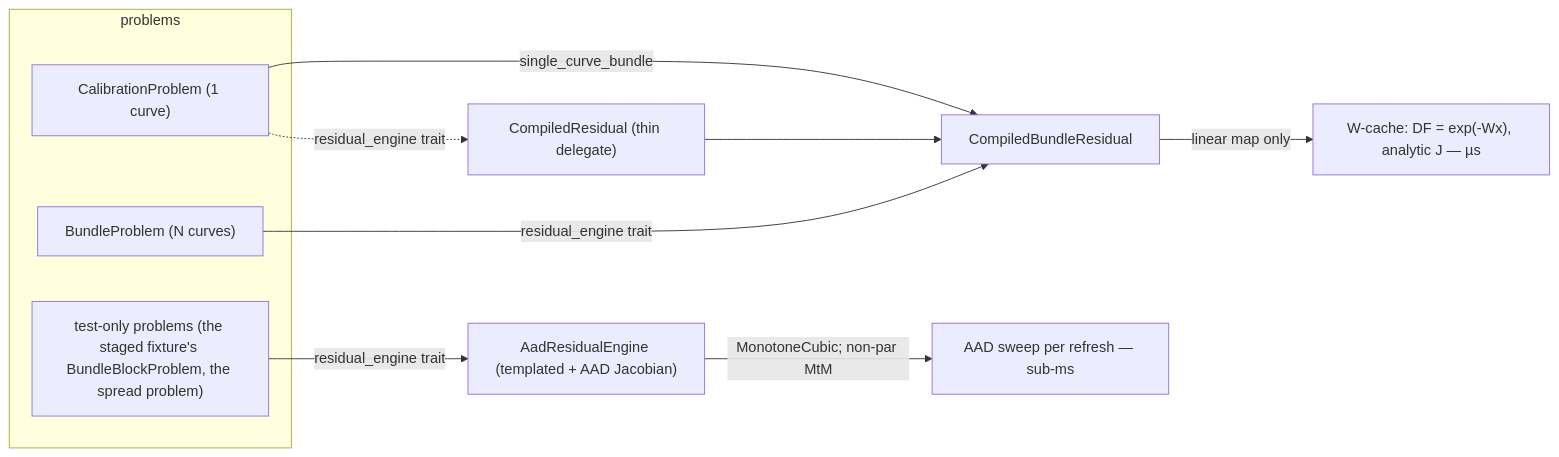
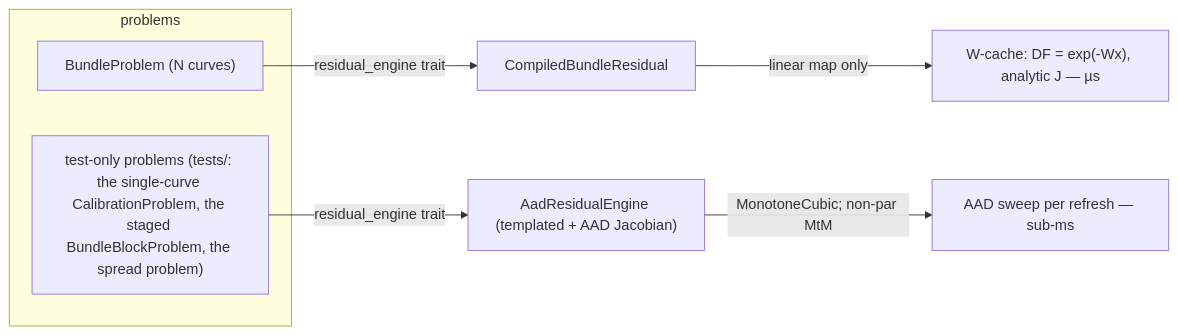
One commit to kbro123/SwapEngine changed the second of 2 diagrams in ARCHITECTURE.md. Above: the diagram before and after it, drawn with Mermaid. The commit also changed other lines of this file and 45 other files, not shown here.

````diff
--- a/ARCHITECTURE.md
+++ b/ARCHITECTURE.md
@@ -120,15 +120,11 @@
 ```mermaid
 graph LR
     subgraph problems
-      CP["CalibrationProblem (1 curve)"]
       BP["BundleProblem (N curves)"]
-      OTHER["test-only problems (the staged fixture's BundleBlockProblem, the spread problem)"]
+      OTHER["test-only problems (tests/: the single-curve CalibrationProblem, the staged BundleBlockProblem, the spread problem)"]
     end
-    CP -->|single_curve_bundle| CBR
-    CP -.->|residual_engine trait| CR["CompiledResidual (thin delegate)"]
-    CR --> CBR["CompiledBundleResidual"]
-    BP -->|residual_engine trait| CBR
+    BP -->|residual_engine trait| CBR["CompiledBundleResidual"]
     OTHER -->|residual_engine trait| AAD["AadResidualEngine (templated + AAD Jacobian)"]
     CBR -->|"linear map only"| WCACHE["W-cache: DF = exp(-Wx), analytic J — µs"]
     AAD -->|"MonotoneCubic; non-par MtM"| AADPATH["AAD sweep per refresh — sub-ms"]
 ```
````
